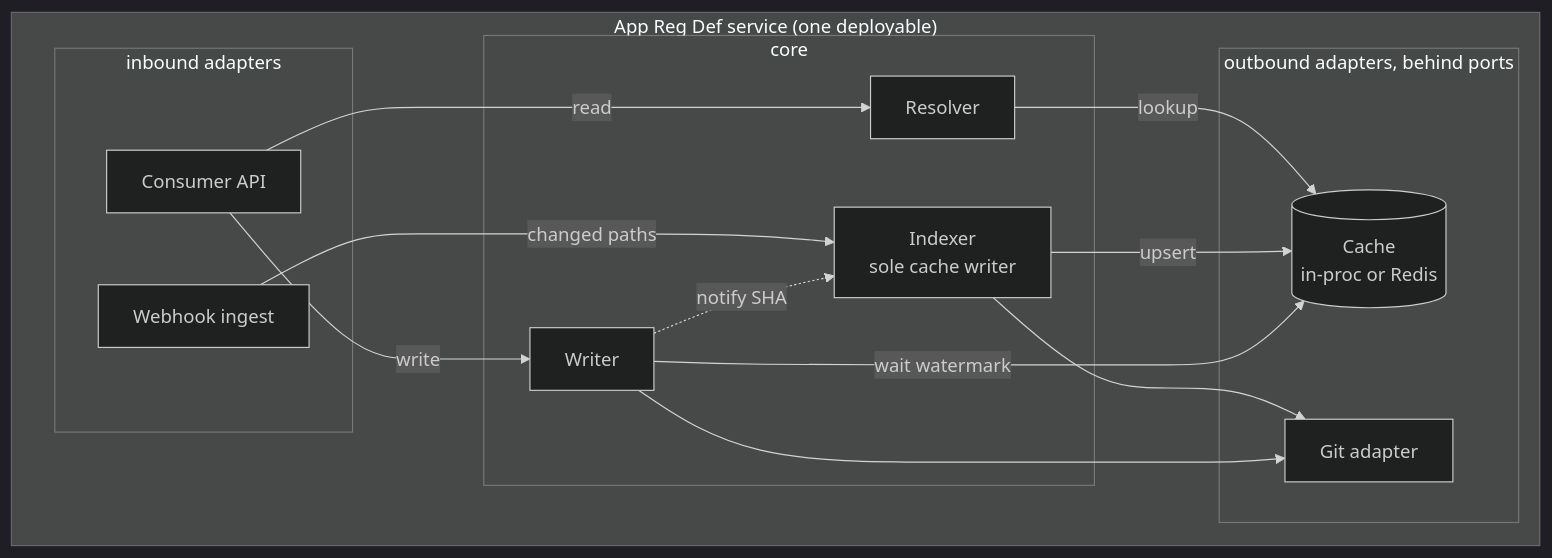
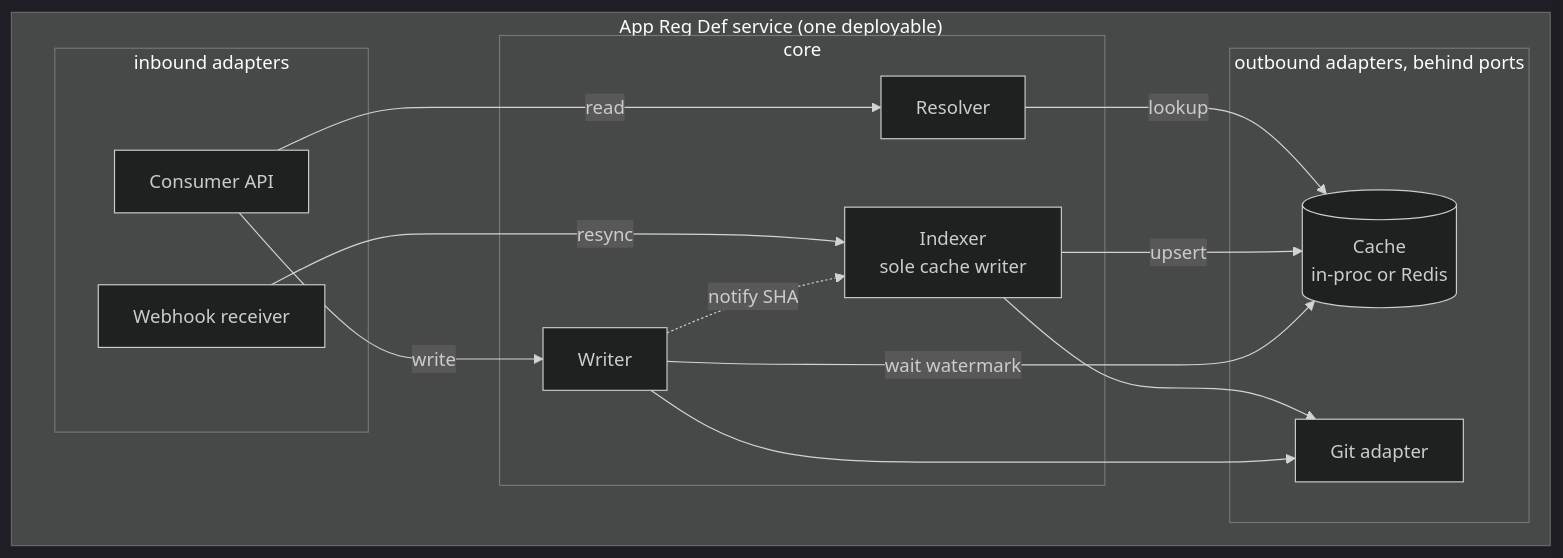
The second of 5 diagrams in docs/analysis/app-reg-def-service/design/architecture.md (Netcracker/qubership-envgene), drawn with Mermaid (dark theme) before and after one commit. The commit also changed other lines of this file and 1 other file, not shown here.

First line of the commit message:
docs: simplify sync to a full repo resync, rename the webhook receiver

````diff
--- a/docs/analysis/app-reg-def-service/design/architecture.md
+++ b/docs/analysis/app-reg-def-service/design/architecture.md
@@ -32,27 +34,27 @@
 ```mermaid
 flowchart TB
   subgraph svc["App Reg Def service (one deployable)"]
     subgraph inb["inbound adapters"]
       api["Consumer API"]
-      wh["Webhook ingest"]
+      wh["Webhook receiver"]
     end
     subgraph cor["core"]
       resolver["Resolver"]
       indexer["Indexer<br/>sole cache writer"]
       writer["Writer"]
     end
     subgraph outb["outbound adapters, behind ports"]
       cache[("Cache<br/>in-proc or Redis")]
       gitad["Git adapter"]
     end
   end
   api -->|read| resolver
   resolver -->|lookup| cache
   api -->|write| writer
-  wh -->|changed paths| indexer
+  wh -->|resync| indexer
   indexer -->|upsert| cache
   indexer --> gitad
   writer --> gitad
   writer -->|wait watermark| cache
   writer -. "notify SHA" .-> indexer
 ```
````
